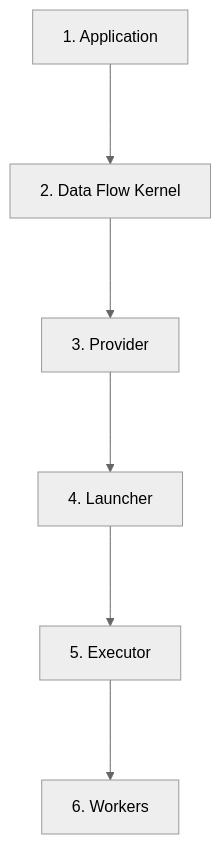
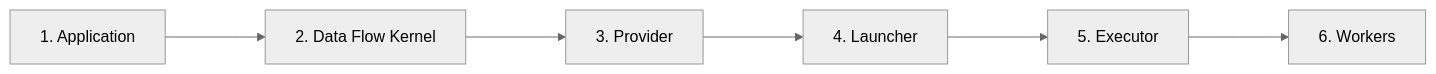
The diagram in resources/workflows/README.md (Trujillo-Group/trujillo_group_resources), drawn with Mermaid (neutral theme) before and after one commit.

Commit message:
Edited Parsl workflow

````diff
--- a/resources/workflows/README.md
+++ b/resources/workflows/README.md
@@ -39,8 +39,8 @@
 ```mermaid
-flowchart TD
+flowchart LR
     A[1. Application] ---> B[2. Data Flow Kernel]
     B ---> C[3. Provider]
     C ---> D[4. Launcher]
     D ---> E[5. Executor]
     E ---> F[6. Workers]
 ```
````
